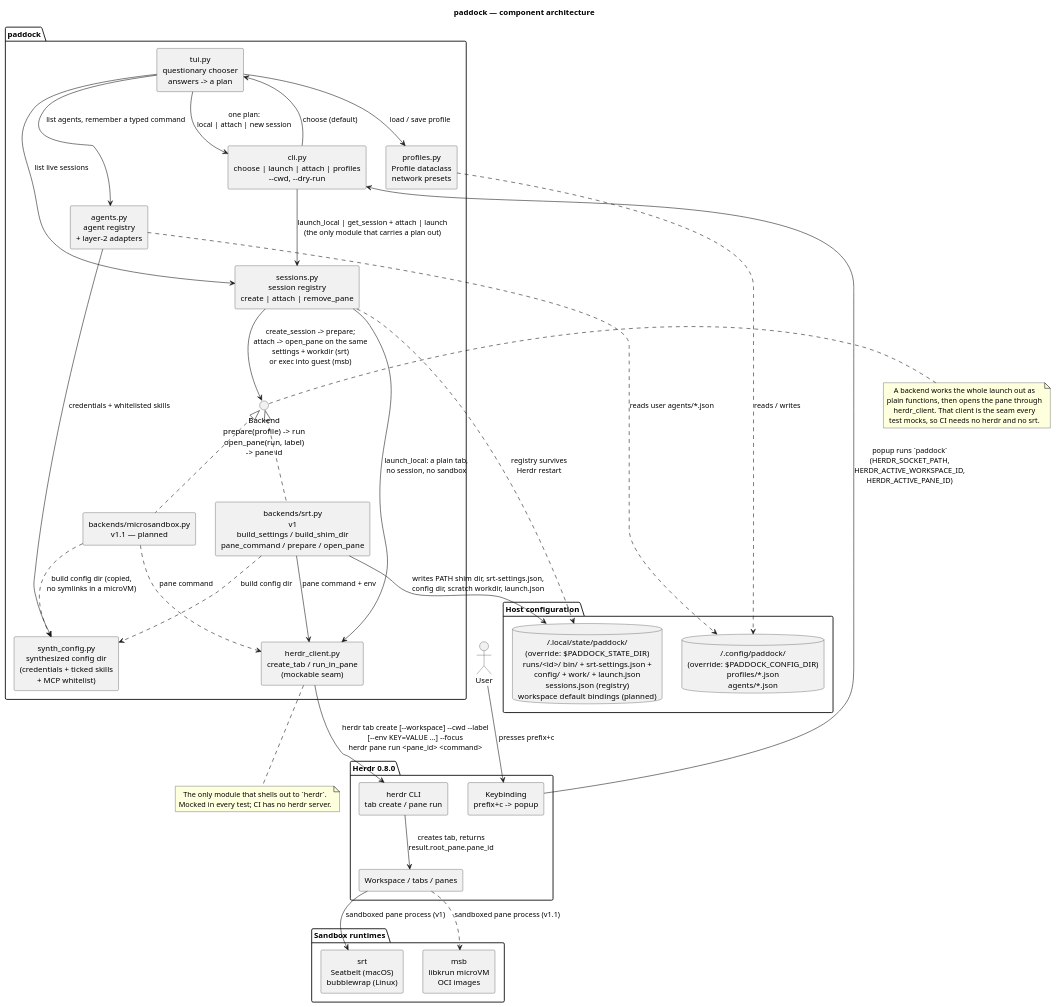
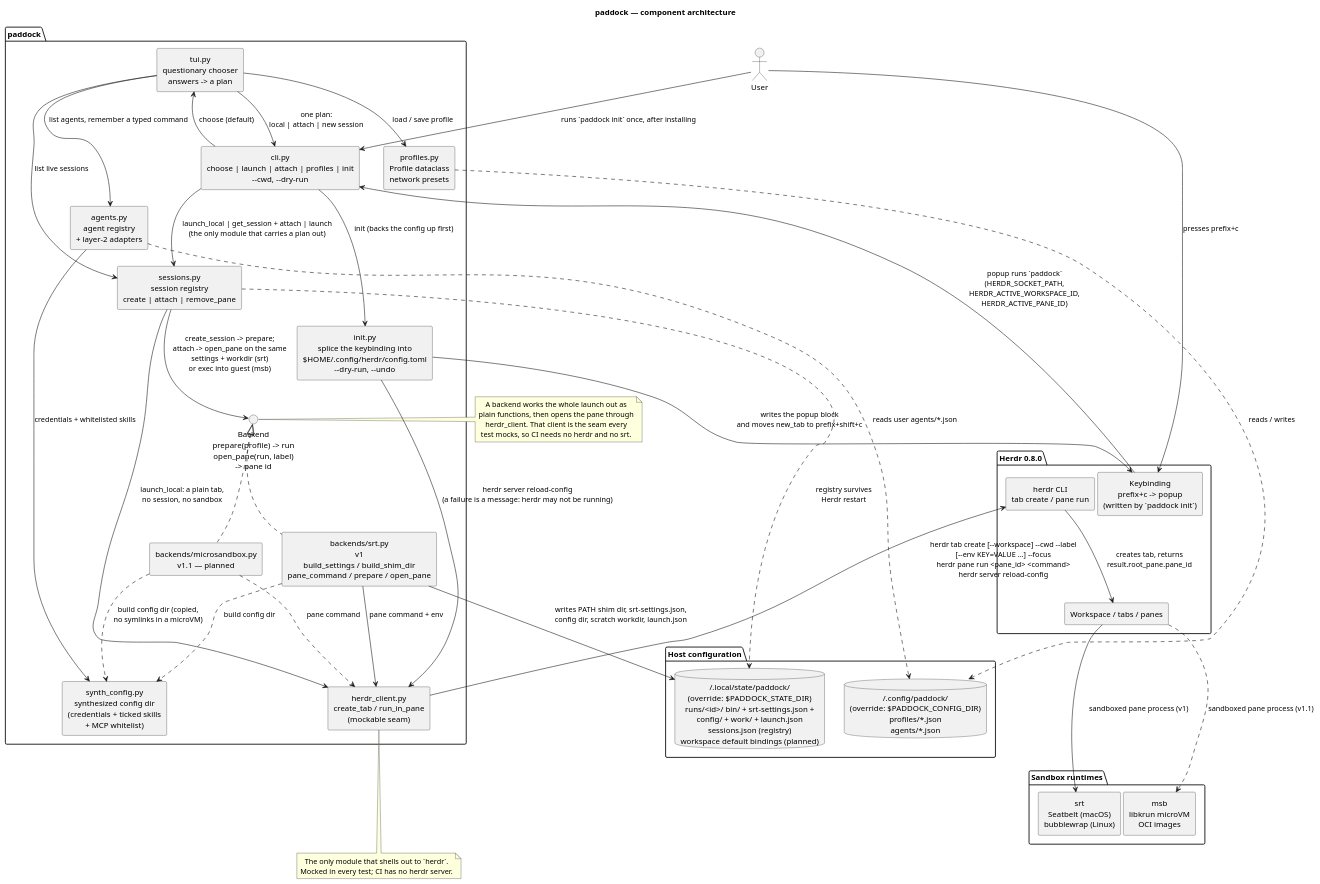
One commit to paddock-sh/paddock changed the diagram in docs/diagrams/architecture.puml. Above: the diagram before and after it, drawn with PlantUML. The commit also changed 9 other files, not shown here.

First line of the commit message:
feat: `paddock init` wires the chooser into herdr

```diff
--- a/docs/diagrams/architecture.puml
+++ b/docs/diagrams/architecture.puml
@@ -1,80 +1,85 @@
 @startuml architecture
 title paddock — component architecture
 
 skinparam componentStyle rectangle
 skinparam shadowing false
 skinparam defaultTextAlignment center
 
 actor User
 
 package "Herdr 0.8.0" {
-  [Keybinding\nprefix+c -> popup] as Keybinding
+  [Keybinding\nprefix+c -> popup\n(written by `paddock init`)] as Keybinding
   [herdr CLI\ntab create / pane run] as HerdrCLI
   [Workspace / tabs / panes] as HerdrUI
 }
 
 package "paddock" {
-  [cli.py\nchoose | launch | attach | profiles\n~--cwd, ~--dry-run] as CLI
+  [cli.py\nchoose | launch | attach | profiles | init\n~--cwd, ~--dry-run] as CLI
+  [init.py\nsplice the keybinding into\n$HOME/.config/herdr/config.toml\n~--dry-run, ~--undo] as Init
   [tui.py\nquestionary chooser\nanswers -> a plan] as TUI
   [sessions.py\nsession registry\ncreate | attach | remove_pane] as Sessions
   [profiles.py\nProfile dataclass\nnetwork presets] as Profiles
   [agents.py\nagent registry\n+ layer-2 adapters] as Agents
   [synth_config.py\nsynthesized config dir\n(credentials + ticked skills\n+ MCP whitelist)] as SynthConfig
   interface "Backend\nprepare(profile) -> run\nopen_pane(run, label)\n-> pane id" as BackendAPI
   [backends/srt.py\nv1\nbuild_settings / build_shim_dir\npane_command / prepare / open_pane] as SrtBackend
   [backends/microsandbox.py\nv1.1 — planned] as MsbBackend
   [herdr_client.py\ncreate_tab / run_in_pane\n(mockable seam)] as HerdrClient
 }
 
 package "Host configuration" {
   database "~/.config/paddock/\n(override: $PADDOCK_CONFIG_DIR)\nprofiles/*.json\nagents/*.json" as ConfigFiles
   database "~/.local/state/paddock/\n(override: $PADDOCK_STATE_DIR)\nruns/<id>/ bin/ + srt-settings.json +\nconfig/ + work/ + launch.json\nsessions.json (registry)\nworkspace default bindings (planned)" as RunDir
 }
 
 package "Sandbox runtimes" {
   [srt\nSeatbelt (macOS)\nbubblewrap (Linux)] as Srt
   [msb\nlibkrun microVM\nOCI images] as Msb
 }
 
+User --> CLI : runs `paddock init` once, after installing
+CLI --> Init : init (backs the config up first)
+Init --> Keybinding : writes the popup block\nand moves new_tab to prefix+shift+c
+Init --> HerdrClient : herdr server reload-config\n(a failure is a message: herdr may not be running)
 User --> Keybinding : presses prefix+c
 Keybinding --> CLI : popup runs `paddock`\n(HERDR_SOCKET_PATH,\nHERDR_ACTIVE_WORKSPACE_ID,\nHERDR_ACTIVE_PANE_ID)
 CLI --> TUI : choose (default)
 TUI --> CLI : one plan:\nlocal | attach | new session
 TUI --> Profiles : load / save profile
 TUI --> Agents : list agents, remember a typed command
 TUI --> Sessions : list live sessions
 Sessions ..> RunDir : registry survives\nHerdr restart
 Profiles ..> ConfigFiles : reads / writes
 Agents ..> ConfigFiles : reads user agents/*.json
 
 CLI --> Sessions : launch_local | get_session + attach | launch\n(the only module that carries a plan out)
 BackendAPI <|.. SrtBackend
 BackendAPI <|.. MsbBackend
 
 SrtBackend --> RunDir : writes PATH shim dir, srt-settings.json,\nconfig dir, scratch workdir, launch.json
 Sessions --> BackendAPI : create_session -> prepare;\nattach -> open_pane on the same\nsettings + workdir (srt)\nor exec into guest (msb)
 Sessions --> HerdrClient : launch_local: a plain tab,\nno session, no sandbox
 SrtBackend ..> SynthConfig : build config dir
 MsbBackend ..> SynthConfig : build config dir (copied,\nno symlinks in a microVM)
 Agents --> SynthConfig : credentials + whitelisted skills
 
 SrtBackend --> HerdrClient : pane command + env
 MsbBackend ..> HerdrClient : pane command
-HerdrClient --> HerdrCLI : herdr tab create [~--workspace] ~--cwd ~--label\n[~--env KEY=VALUE ...] ~--focus\nherdr pane run <pane_id> <command>
+HerdrClient --> HerdrCLI : herdr tab create [~--workspace] ~--cwd ~--label\n[~--env KEY=VALUE ...] ~--focus\nherdr pane run <pane_id> <command>\nherdr server reload-config
 HerdrCLI --> HerdrUI : creates tab, returns\nresult.root_pane.pane_id
 HerdrUI --> Srt : sandboxed pane process (v1)
 HerdrUI ..> Msb : sandboxed pane process (v1.1)
 
 note right of BackendAPI
   A backend works the whole launch out as
   plain functions, then opens the pane through
   herdr_client. That client is the seam every
   test mocks, so CI needs no herdr and no srt.
 end note
 
 note bottom of HerdrClient
   The only module that shells out to `herdr`.
   Mocked in every test; CI has no herdr server.
 end note
 
 @enduml
```
